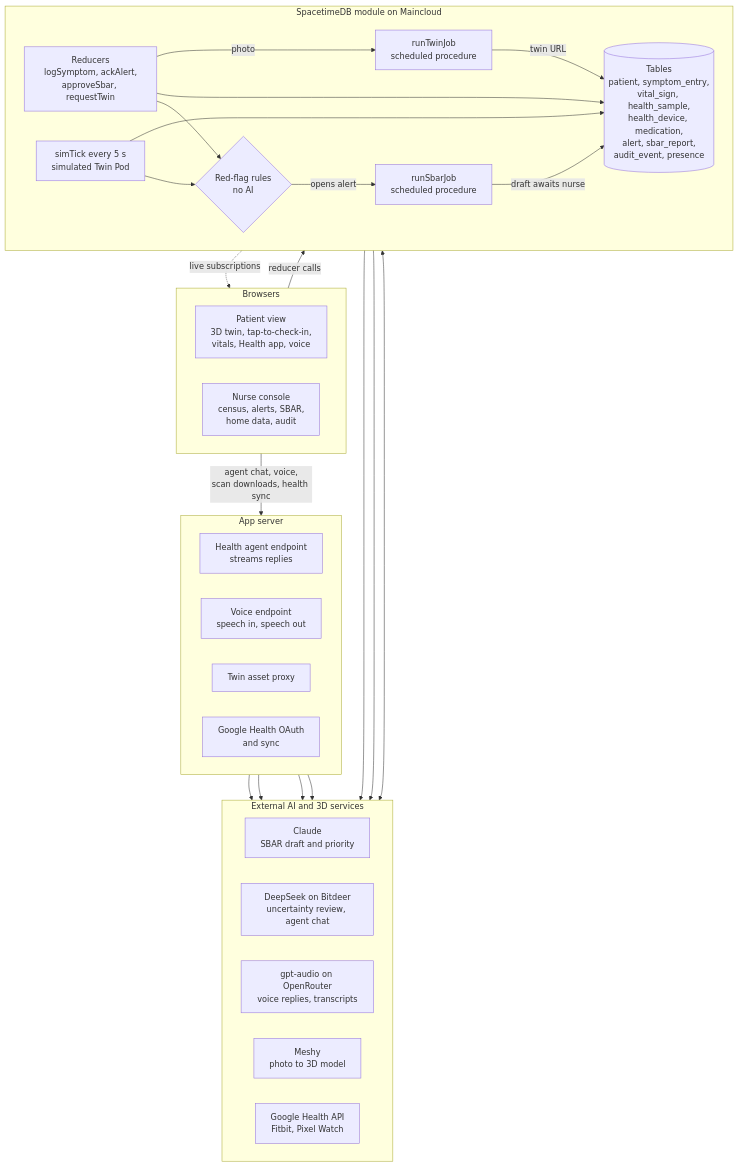
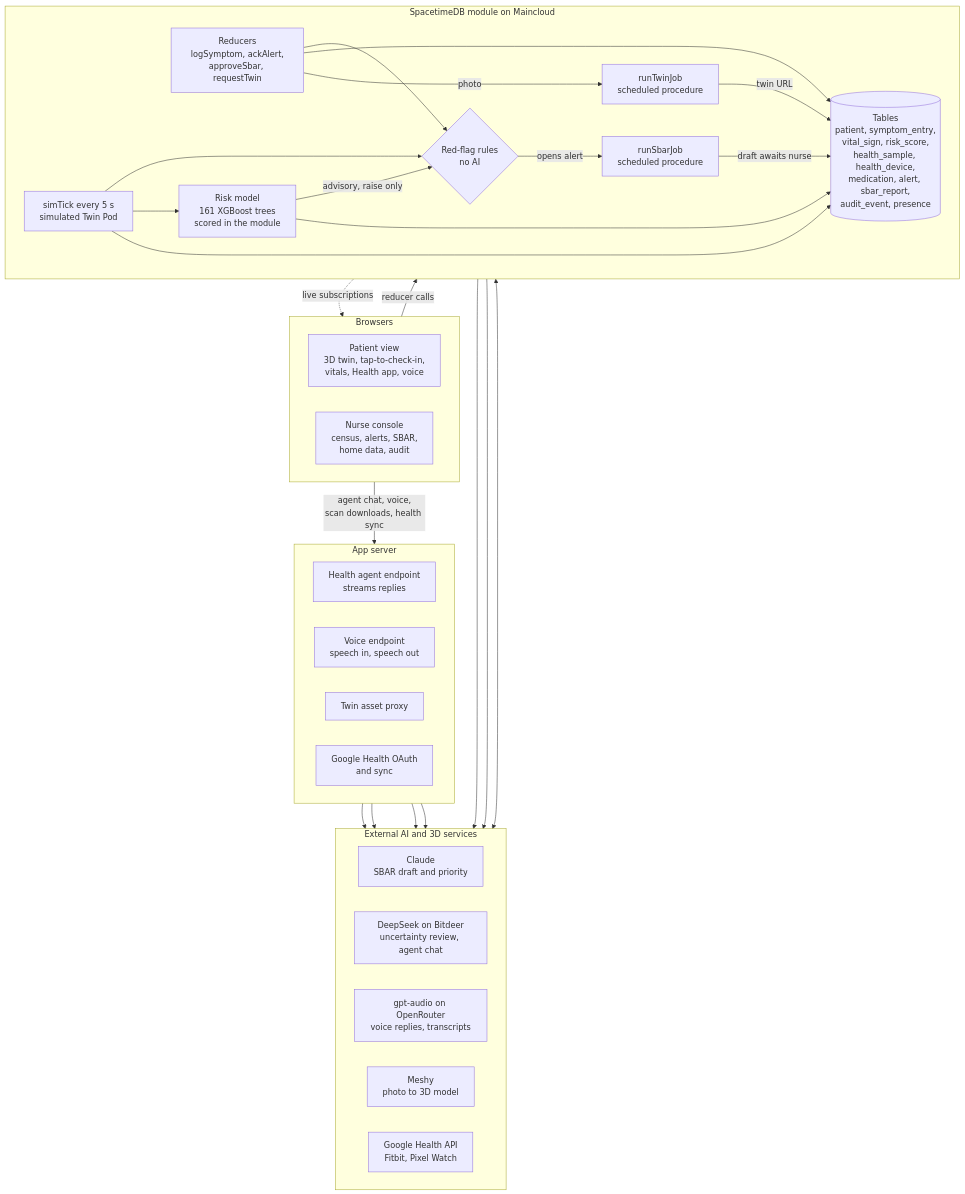
Before and after one commit to kadrianayarza/DigitalTwinBiomedical: the diagram in README.md, drawn with Mermaid. The commit also changed other lines of this file and 26 other files, not shown here.

Commit message:
Add deterioration risk model trained on PhysioNet 2019, scored in the module, with a nurse risk card

````diff
--- a/README.md
+++ b/README.md
@@ -53,54 +55,58 @@
 ```mermaid
 flowchart TB
   subgraph Browsers["Browsers"]
     direction LR
     P["Patient view<br/>3D twin, tap-to-check-in,<br/>vitals, Health app, voice"]
     N["Nurse console<br/>census, alerts, SBAR,<br/>home data, audit"]
   end
 
   subgraph STDB["SpacetimeDB module on Maincloud"]
     direction LR
     R["Reducers<br/>logSymptom, ackAlert,<br/>approveSbar, requestTwin"]
     SIM["simTick every 5 s<br/>simulated Twin Pod"]
     RULES{"Red-flag rules<br/>no AI"}
-    T[("Tables<br/>patient, symptom_entry,<br/>vital_sign, health_sample,<br/>health_device, medication,<br/>alert, sbar_report,<br/>audit_event, presence")]
+    RM["Risk model<br/>161 XGBoost trees<br/>scored in the module"]
+    T[("Tables<br/>patient, symptom_entry,<br/>vital_sign, risk_score,<br/>health_sample, health_device,<br/>medication, alert, sbar_report,<br/>audit_event, presence")]
     SB["runSbarJob<br/>scheduled procedure"]
     TW["runTwinJob<br/>scheduled procedure"]
     R --> RULES
     SIM --> RULES
+    SIM --> RM
+    RM -- "advisory, raise only" --> RULES
     R --> T
     SIM --> T
+    RM --> T
     RULES -- "opens alert" --> SB
     SB -- "draft awaits nurse" --> T
     R -- "photo" --> TW
     TW -- "twin URL" --> T
   end
 
   subgraph Server["App server"]
     direction LR
     AG["Health agent endpoint<br/>streams replies"]
     VA["Voice endpoint<br/>speech in, speech out"]
     TP["Twin asset proxy"]
     GH["Google Health OAuth<br/>and sync"]
   end
 
   subgraph Ext["External AI and 3D services"]
     direction LR
     CL["Claude<br/>SBAR draft and priority"]
     DS["DeepSeek on Bitdeer<br/>uncertainty review, agent chat"]
     OR["gpt-audio on OpenRouter<br/>voice replies, transcripts"]
     MY["Meshy<br/>photo to 3D model"]
     GA["Google Health API<br/>Fitbit, Pixel Watch"]
   end
 
   Browsers -- "reducer calls" --> R
   T -. "live subscriptions" .-> Browsers
   Browsers -- "agent chat, voice,<br/>scan downloads, health sync" --> Server
   SB --> CL
   SB --> DS
   TW <--> MY
   AG --> DS
   VA --> OR
   TP --> MY
   GH --> GA
 ```
````
